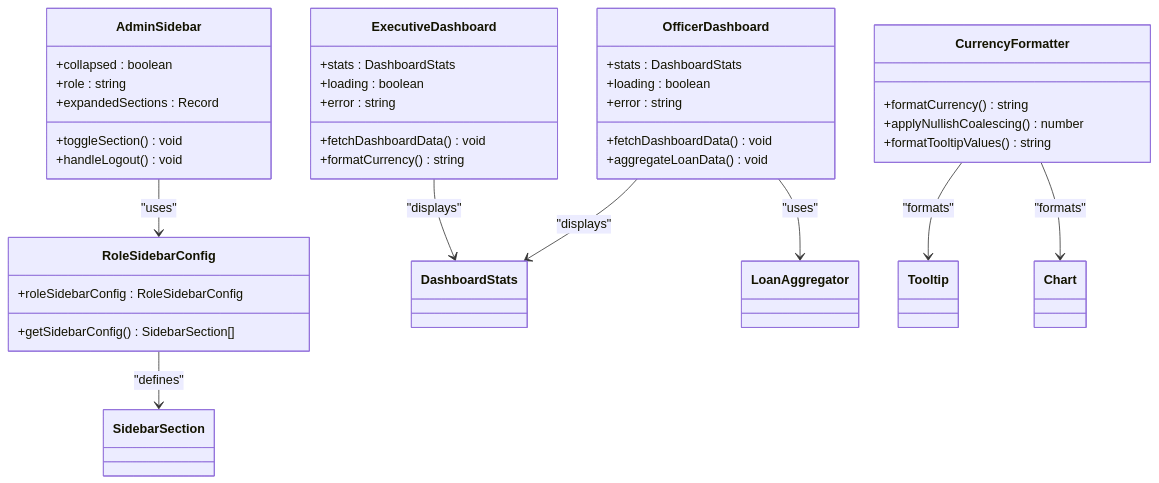
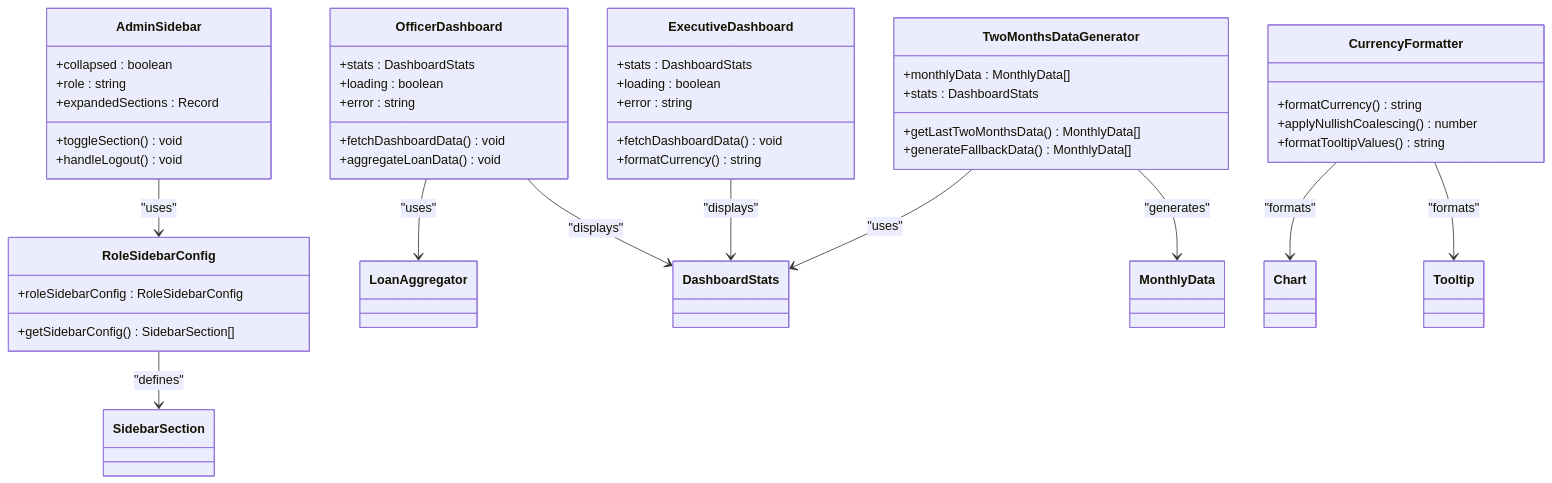
One commit to Unsure-bry/sampacoop_system changed the fifth of 18 diagrams in .qoder/repowiki/en/content/Dashboard System.md. Above: the diagram before and after it, drawn with Mermaid. The commit also changed other lines of this file and 11 other files, not shown here.

````diff
--- a/.qoder/repowiki/en/content/Dashboard System.md
+++ b/.qoder/repowiki/en/content/Dashboard System.md
@@ -293,40 +306,48 @@
 ```mermaid
 classDiagram
 class ExecutiveDashboard {
 +stats : DashboardStats
 +loading : boolean
 +error : string
 +fetchDashboardData() void
 +formatCurrency() string
 }
 class OfficerDashboard {
 +stats : DashboardStats
 +loading : boolean
 +error : string
 +fetchDashboardData() void
 +aggregateLoanData() void
 }
 class AdminSidebar {
 +collapsed : boolean
 +role : string
 +expandedSections : Record
 +toggleSection() void
 +handleLogout() void
 }
 class RoleSidebarConfig {
 +roleSidebarConfig : RoleSidebarConfig
 +getSidebarConfig() SidebarSection[]
 }
 class CurrencyFormatter {
 +formatCurrency() string
 +applyNullishCoalescing() number
 +formatTooltipValues() string
 }
+class TwoMonthsDataGenerator {
++monthlyData : MonthlyData[]
++stats : DashboardStats
++getLastTwoMonthsData() MonthlyData[]
++generateFallbackData() MonthlyData[]
+}
 ExecutiveDashboard --> DashboardStats : "displays"
 OfficerDashboard --> DashboardStats : "displays"
 OfficerDashboard --> LoanAggregator : "uses"
 AdminSidebar --> RoleSidebarConfig : "uses"
 RoleSidebarConfig --> SidebarSection : "defines"
 CurrencyFormatter --> Tooltip : "formats"
 CurrencyFormatter --> Chart : "formats"
+TwoMonthsDataGenerator --> MonthlyData : "generates"
+TwoMonthsDataGenerator --> DashboardStats : "uses"
 ```
````
